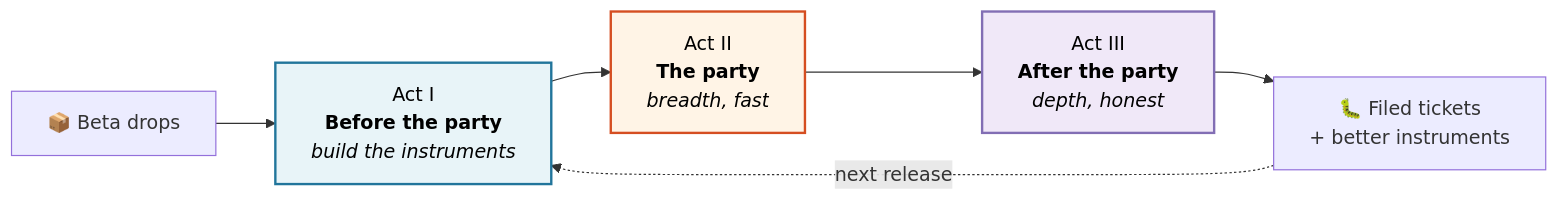
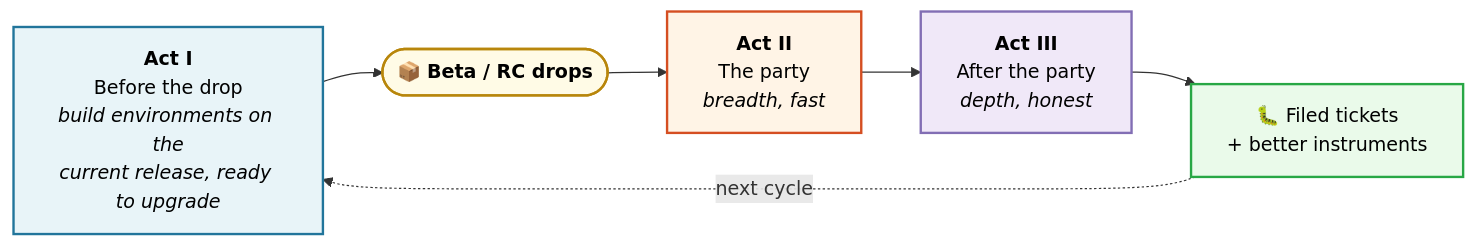
The first of 5 diagrams in README.md (courtneyr-dev/wp-release-audit-method), drawn with Mermaid before and after one commit. The commit also changed other lines of this file, not shown here.

First line of the commit message:
🔀 Move Act I before the beta drops; add fresh install and surface coverage

````diff
--- a/README.md
+++ b/README.md
@@ -14,12 +14,17 @@
 ```mermaid
 flowchart LR
-    A["📦 Beta drops"] --> B["Act I<br/><b>Before the party</b><br/><i>build the instruments</i>"]
-    B --> C["Act II<br/><b>The party</b><br/><i>breadth, fast</i>"]
-    C --> D["Act III<br/><b>After the party</b><br/><i>depth, honest</i>"]
-    D --> E["🐛 Filed tickets<br/>+ better instruments"]
-    E -.->|"next release"| B
+    A["<b>Act I</b><br/>Before the drop<br/><i>build environments on the<br/>current release, ready to upgrade</i>"]
+    B(["📦 <b>Beta / RC drops</b>"])
+    C["<b>Act II</b><br/>The party<br/><i>breadth, fast</i>"]
+    D["<b>Act III</b><br/>After the party<br/><i>depth, honest</i>"]
+    E["🐛 Filed tickets<br/>+ better instruments"]
 
-    style B fill:#e8f4f8,stroke:#21759B,stroke-width:2px,color:#000
+    A --> B --> C --> D --> E
+    E -.->|"next cycle"| A
+
+    style A fill:#e8f4f8,stroke:#21759B,stroke-width:2px,color:#000
+    style B fill:#fffbe6,stroke:#b8860b,stroke-width:2px,color:#000
     style C fill:#fff4e6,stroke:#D54E21,stroke-width:2px,color:#000
     style D fill:#f0e8f8,stroke:#826EB4,stroke-width:2px,color:#000
+    style E fill:#eafaea,stroke:#28a745,stroke-width:2px,color:#000
 ```
````
